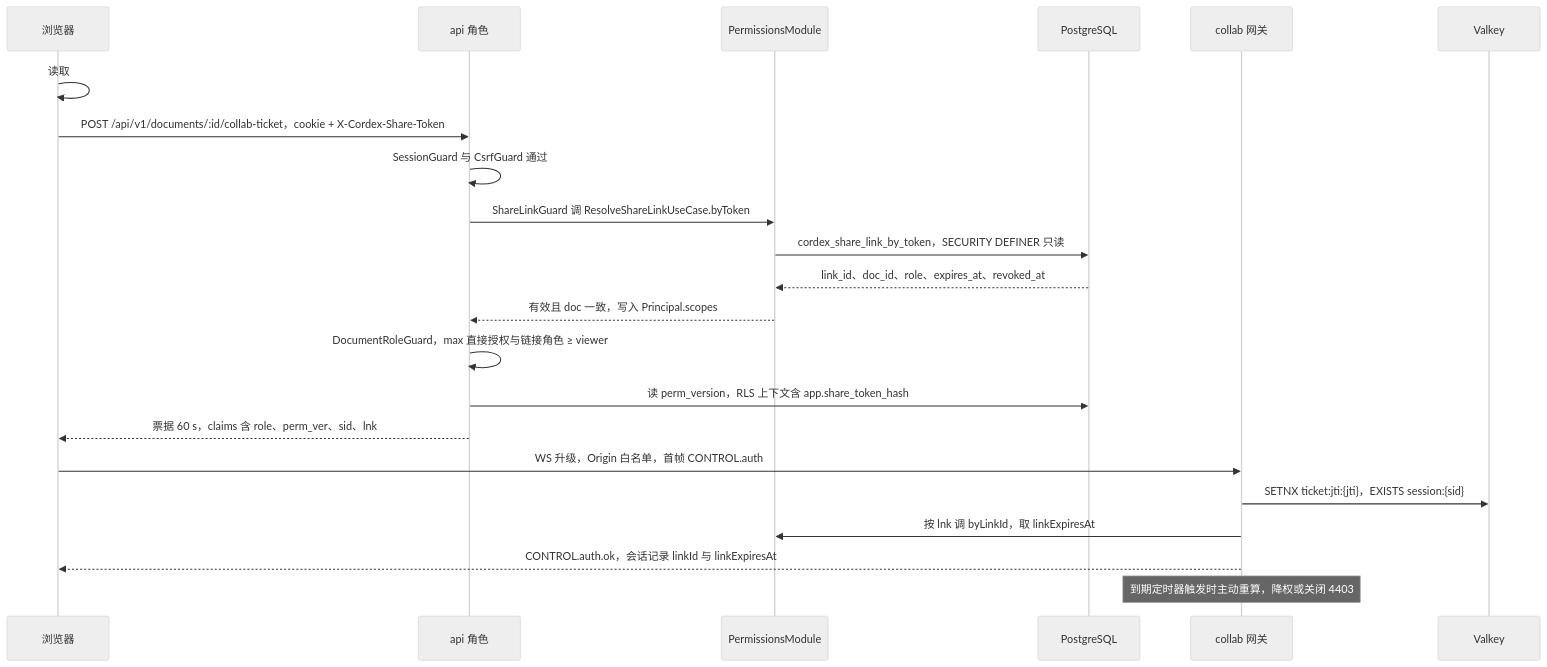
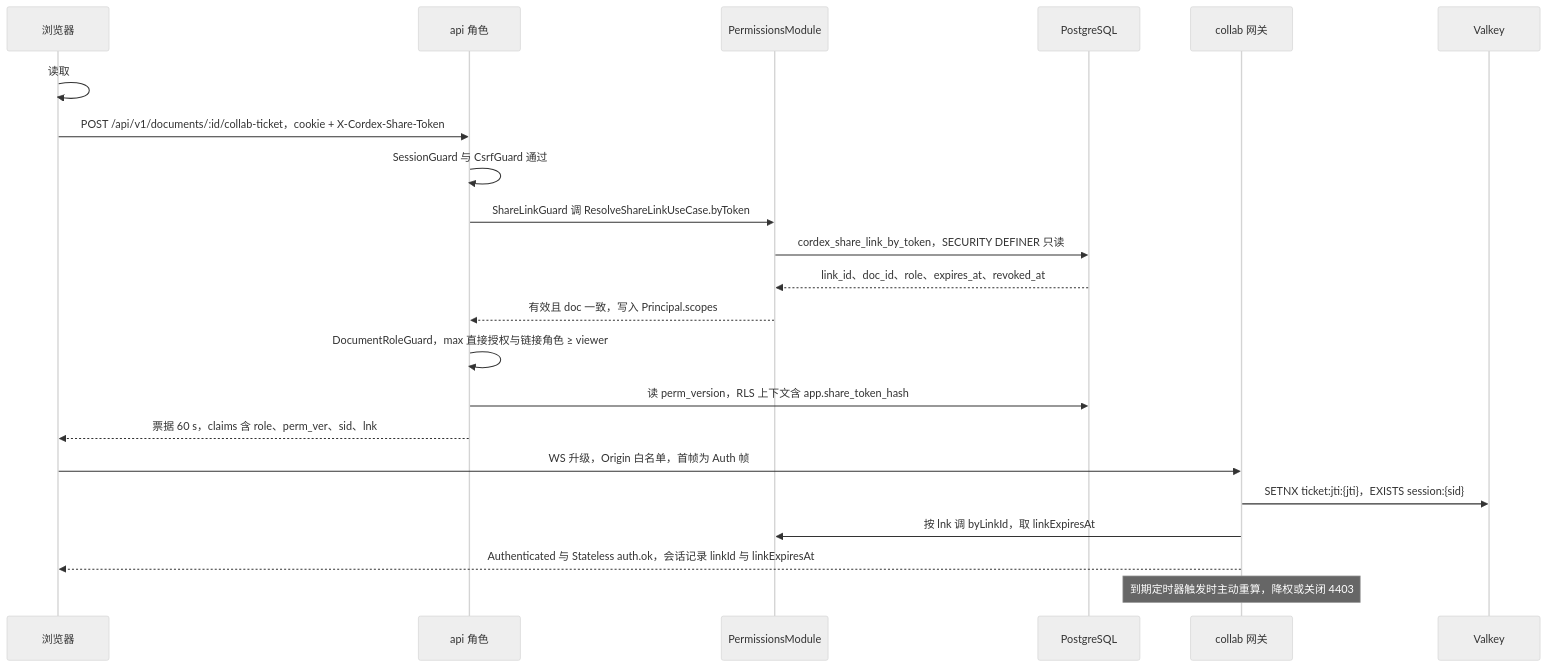
The fourth of 7 diagrams in docs/60-backend/02-auth-chain.md (Xeonice/cordis-ppt-editor), drawn with Mermaid (neutral theme) before and after one commit. The commit also changed other lines of this file and 19 other files, not shown here.

````diff
--- a/docs/60-backend/02-auth-chain.md
+++ b/docs/60-backend/02-auth-chain.md
@@ -358,24 +358,24 @@
 ```mermaid
 sequenceDiagram
   participant br as 浏览器
   participant api as api 角色
   participant perm as PermissionsModule
   participant pg as PostgreSQL
   participant gw as collab 网关
   participant vk as Valkey
   br->>br: 读取 #share= 片段，存 sessionStorage，replaceState 去掉片段
   br->>api: POST /api/v1/documents/:id/collab-ticket，cookie + X-Cordex-Share-Token
   api->>api: SessionGuard 与 CsrfGuard 通过
   api->>perm: ShareLinkGuard 调 ResolveShareLinkUseCase.byToken
   perm->>pg: cordex_share_link_by_token，SECURITY DEFINER 只读
   pg-->>perm: link_id、doc_id、role、expires_at、revoked_at
   perm-->>api: 有效且 doc 一致，写入 Principal.scopes
   api->>api: DocumentRoleGuard，max 直接授权与链接角色 ≥ viewer
   api->>pg: 读 perm_version，RLS 上下文含 app.share_token_hash
   api-->>br: 票据 60 s，claims 含 role、perm_ver、sid、lnk
-  br->>gw: WS 升级，Origin 白名单，首帧 CONTROL.auth
+  br->>gw: WS 升级，Origin 白名单，首帧为 Auth 帧
   gw->>vk: SETNX ticket:jti:{jti}，EXISTS session:{sid}
   gw->>perm: 按 lnk 调 byLinkId，取 linkExpiresAt
-  gw-->>br: CONTROL.auth.ok，会话记录 linkId 与 linkExpiresAt
+  gw-->>br: Authenticated 与 Stateless auth.ok，会话记录 linkId 与 linkExpiresAt
   Note over gw: 到期定时器触发时主动重算，降权或关闭 4403
 ```
````
